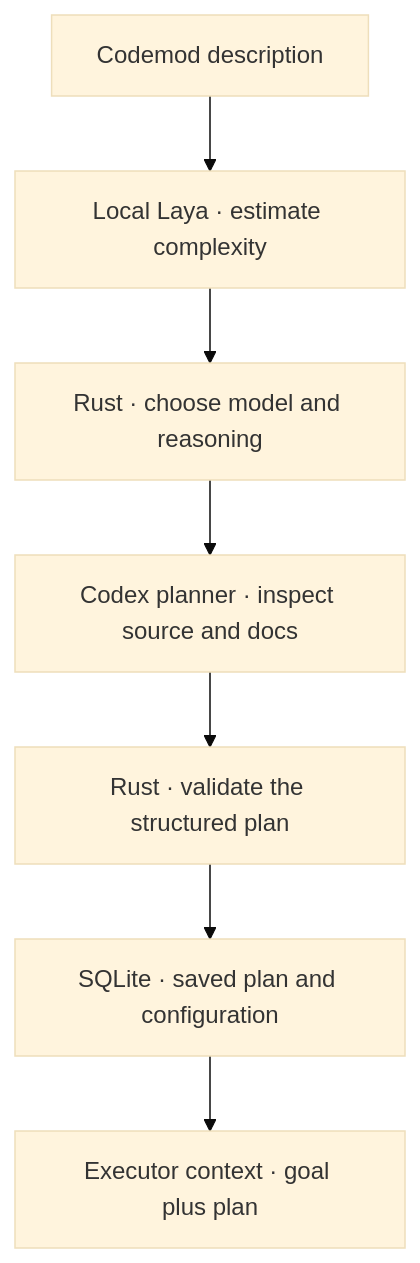
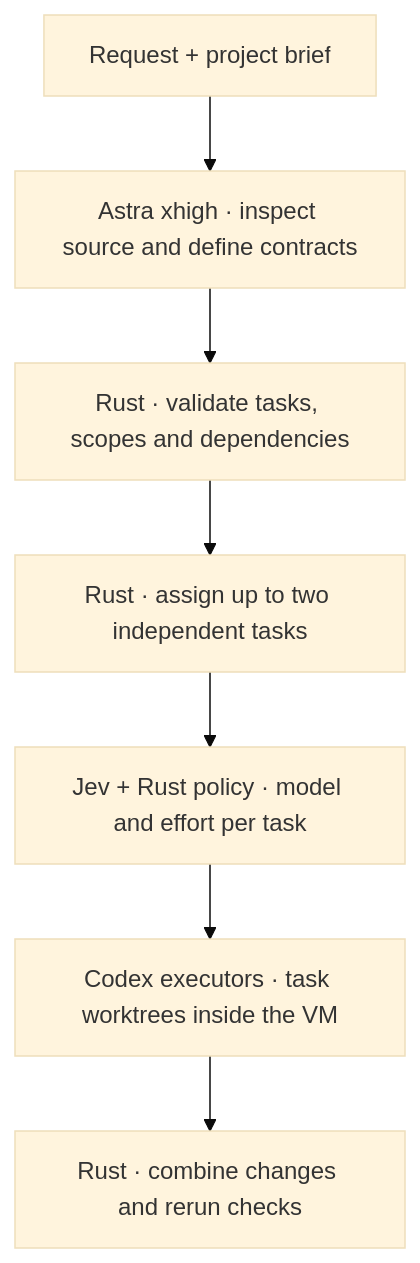
The diagram in docs/planning.md (minimumeffort-dev/sprowt.harness), drawn with Mermaid (base theme) before and after one commit. The commit also changed other lines of this file and 19 other files, not shown here.

Commit message:
Replace Laya with Jev task routing and Astra xhigh planning

````diff
--- a/docs/planning.md
+++ b/docs/planning.md
@@ -5,9 +5,9 @@
 ```mermaid
 flowchart TB
-    goal["Codemod description"] --> route["Local Laya · estimate complexity"]
-    route --> config["Rust · choose model and reasoning"]
-    config --> planner["Codex planner · inspect source and docs"]
-    planner --> validate["Rust · validate the structured plan"]
-    validate --> saved["SQLite · saved plan and configuration"]
-    saved --> executor["Executor context · goal plus plan"]
+    goal["Request + project brief"] --> planner["Astra xhigh · inspect source and define contracts"]
+    planner --> validate["Rust · validate tasks, scopes and dependencies"]
+    validate --> schedule["Rust · assign up to two independent tasks"]
+    schedule --> route["Jev + Rust policy · model and effort per task"]
+    route --> execute["Codex executors · task worktrees inside the VM"]
+    execute --> checks["Rust · combine changes and rerun checks"]
 ```
````
